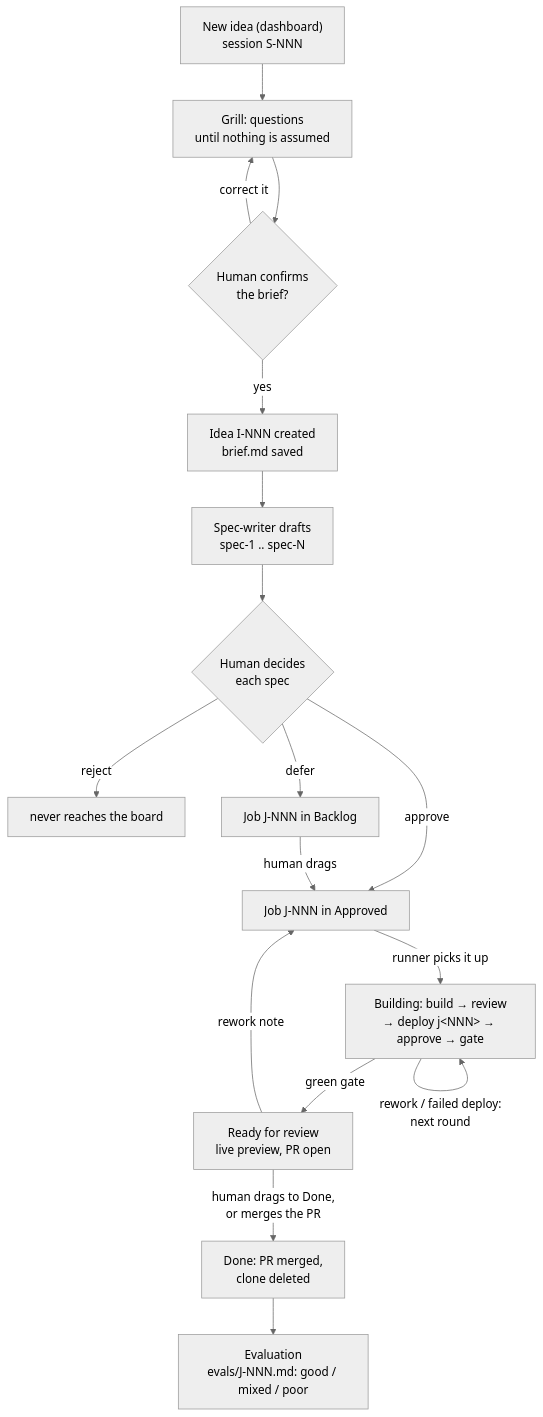
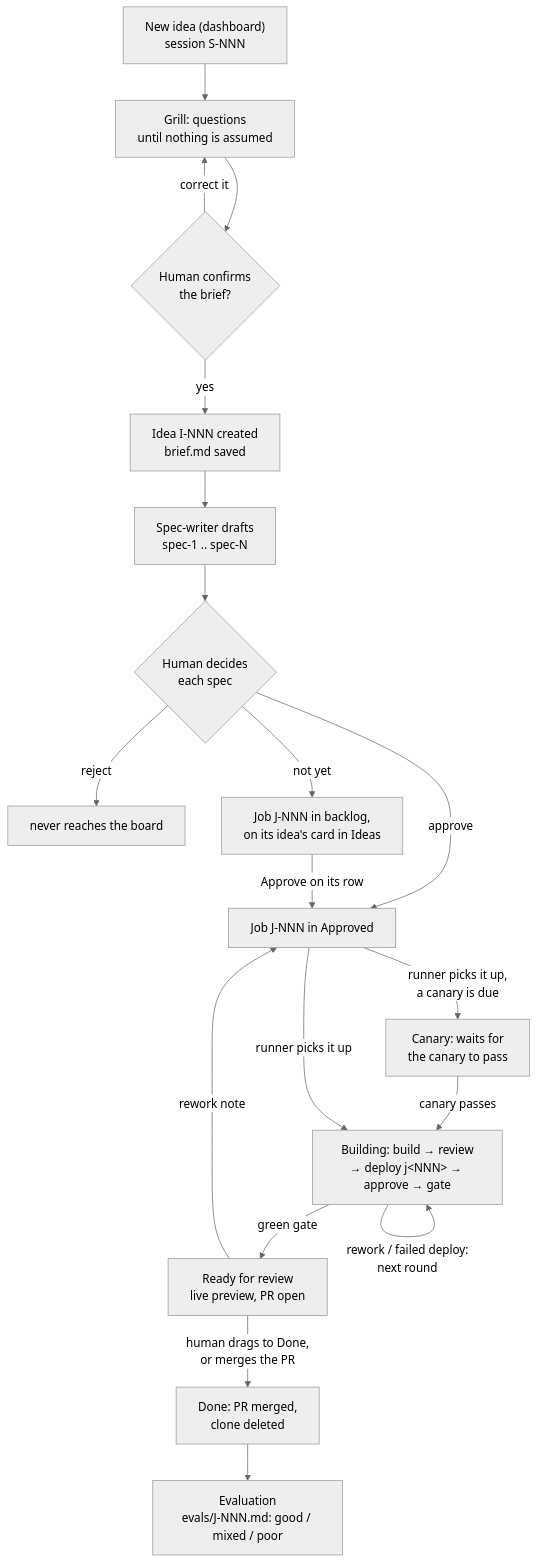
The first of 2 diagrams in docs/TERMINOLOGY.md (kamabery/ai-factory), drawn with Mermaid (neutral theme) before and after one commit. The commit also changed other lines of this file and 122 other files, not shown here.

First line of the commit message:
Spec 22: a Canary column, no Backlog column, and a New repo idea (ai-factory 0.4.3) (#36)

````diff
--- a/docs/TERMINOLOGY.md
+++ b/docs/TERMINOLOGY.md
@@ -29,19 +29,21 @@
 ```mermaid
 flowchart TD
     A["New idea (dashboard)<br/>session S-NNN"] --> B["Grill: questions<br/>until nothing is assumed"]
     B --> C{"Human confirms<br/>the brief?"}
     C -- "correct it" --> B
     C -- yes --> D["Idea I-NNN created<br/>brief.md saved"]
     D --> E["Spec-writer drafts<br/>spec-1 .. spec-N"]
     E --> F{"Human decides<br/>each spec"}
     F -- reject --> X["never reaches the board"]
-    F -- defer --> G["Job J-NNN in Backlog"]
+    F -- "not yet" --> G["Job J-NNN in backlog,<br/>on its idea's card in Ideas"]
     F -- approve --> H["Job J-NNN in Approved"]
-    G -- "human drags" --> H
+    G -- "Approve on its row" --> H
+    H -- "runner picks it up,<br/>a canary is due" --> C2["Canary: waits for<br/>the canary to pass"]
+    C2 -- "canary passes" --> I
     H -- "runner picks it up" --> I["Building: build → review<br/>→ deploy j&lt;NNN&gt; → approve → gate"]
     I -- "rework / failed deploy:<br/>next round" --> I
     I -- "green gate" --> J["Ready for review<br/>live preview, PR open"]
     J -- "rework note" --> H
     J -- "human drags to Done,<br/>or merges the PR" --> K["Done: PR merged,<br/>clone deleted"]
     K --> L["Evaluation<br/>evals/J-NNN.md: good / mixed / poor"]
 ```
````
